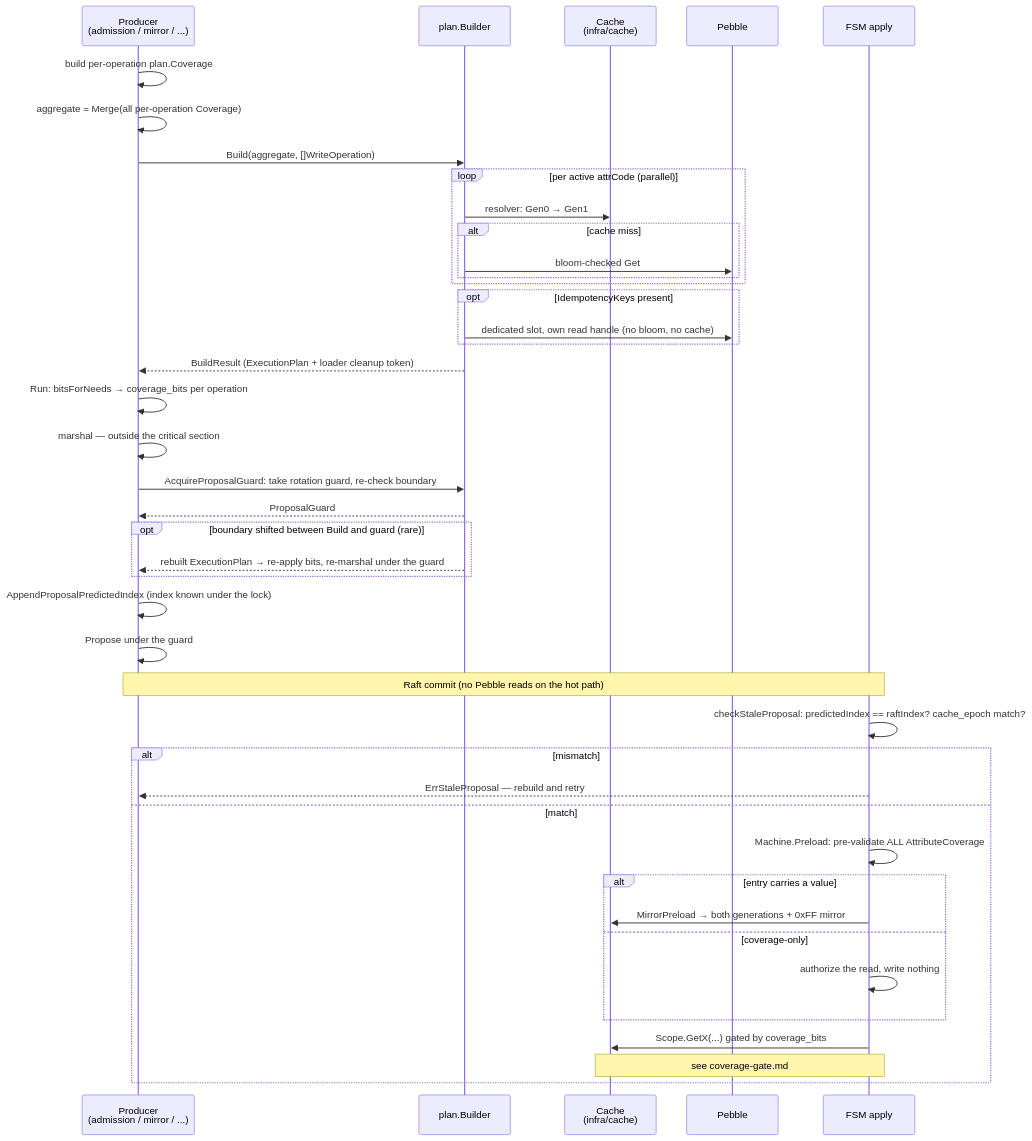
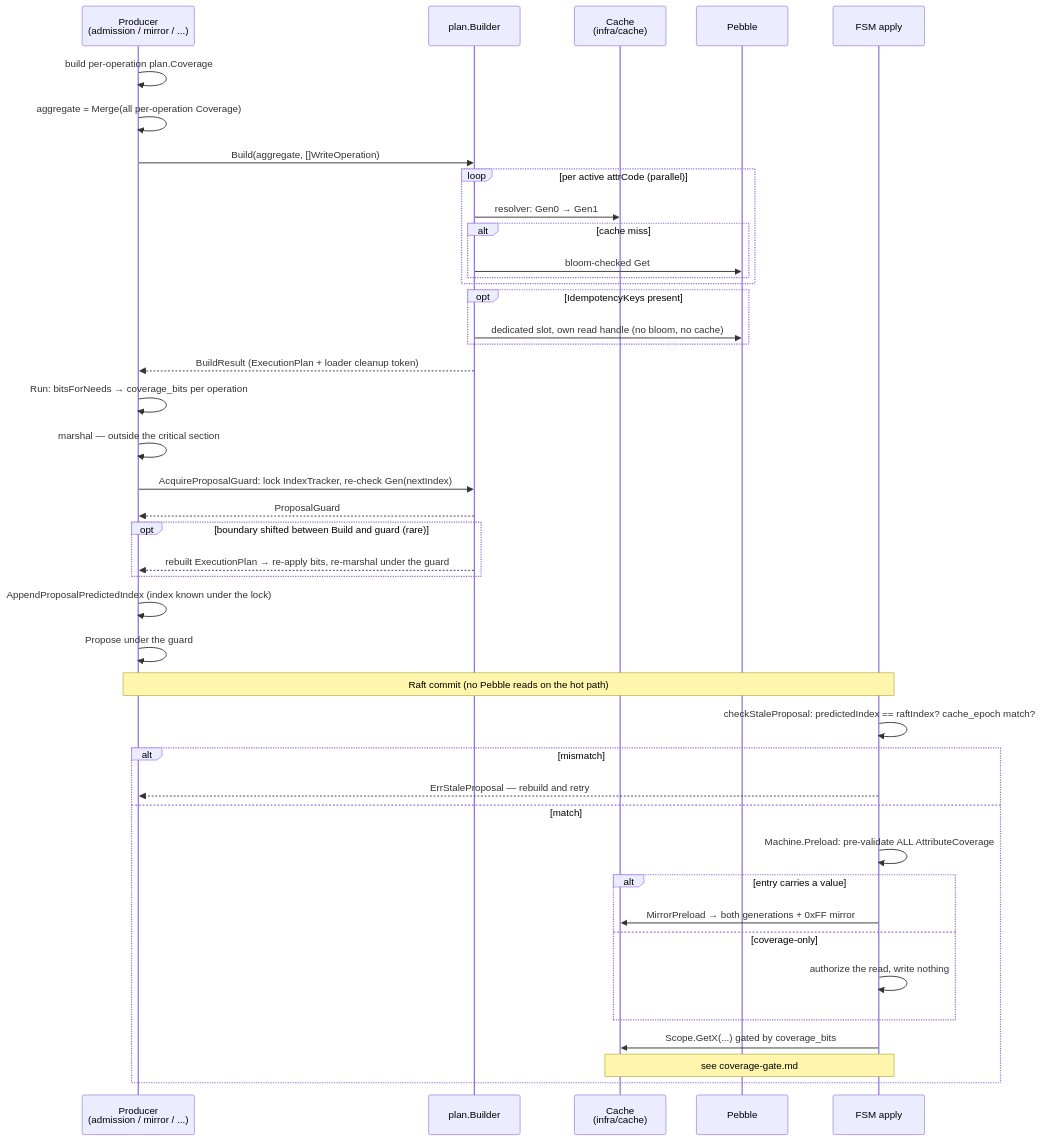
The second of 2 diagrams in docs/technical/architecture/subsystems/fsm/preload.md (formancehq/ledger), drawn with Mermaid before and after one commit. The commit also changed other lines of this file and 1 other file, not shown here.

Commit message:
docs(EN-1565): stop calling AcquireProposalGuard a cache-rotation guard
AcquireProposalGuard locks the IndexTracker (builder.go:234) and compares
build.nextIndexGen against cache.Gen(nextIndexAfter, ...) to detect a
boundary crossing on the predicted index. It takes no lock on the FSM
attribute cache, whose generation can still advance concurrently.

Calling it 'the cache-rotation guard' promised isolation the code does not
provide. Corrected at the three sites that made the claim; the pipeline.md
paragraph now states explicitly what the guard does not do.

````diff
--- a/docs/technical/architecture/subsystems/fsm/preload.md
+++ b/docs/technical/architecture/subsystems/fsm/preload.md
@@ -215,45 +215,45 @@
 ```mermaid
 sequenceDiagram
     participant P as Producer<br/>(admission / mirror / ...)
     participant B as plan.Builder
     participant C as Cache<br/>(infra/cache)
     participant Peb as Pebble
     participant FSM as FSM apply
 
     P->>P: build per-operation plan.Coverage
     P->>P: aggregate = Merge(all per-operation Coverage)
     P->>B: Build(aggregate, []WriteOperation)
     loop per active attrCode (parallel)
         B->>C: resolver: Gen0 → Gen1
         alt cache miss
             B->>Peb: bloom-checked Get
         end
     end
     opt IdempotencyKeys present
         B->>Peb: dedicated slot, own read handle (no bloom, no cache)
     end
     B-->>P: BuildResult (ExecutionPlan + loader cleanup token)
     P->>P: Run: bitsForNeeds → coverage_bits per operation
     P->>P: marshal — outside the critical section
-    P->>B: AcquireProposalGuard: take rotation guard, re-check boundary
+    P->>B: AcquireProposalGuard: lock IndexTracker, re-check Gen(nextIndex)
     B-->>P: ProposalGuard
     opt boundary shifted between Build and guard (rare)
         B-->>P: rebuilt ExecutionPlan → re-apply bits, re-marshal under the guard
     end
     P->>P: AppendProposalPredictedIndex (index known under the lock)
     P->>P: Propose under the guard
     Note over P,FSM: Raft commit (no Pebble reads on the hot path)
     FSM->>FSM: checkStaleProposal: predictedIndex == raftIndex? cache_epoch match?
     alt mismatch
         FSM-->>P: ErrStaleProposal — rebuild and retry
     else match
         FSM->>FSM: Machine.Preload: pre-validate ALL AttributeCoverage
         alt entry carries a value
             FSM->>C: MirrorPreload → both generations + 0xFF mirror
         else coverage-only
             FSM->>FSM: authorize the read, write nothing
         end
         FSM->>C: Scope.GetX(...) gated by coverage_bits
         Note over FSM,C: see coverage-gate.md
     end
 ```
````
